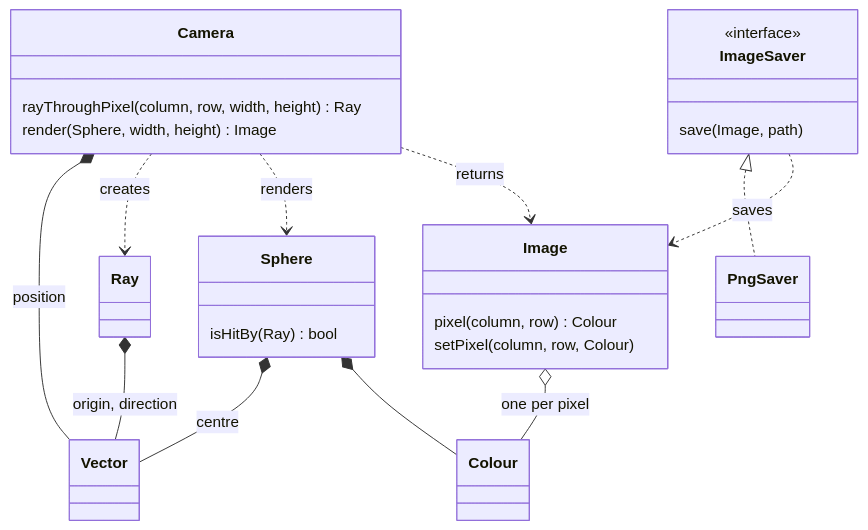
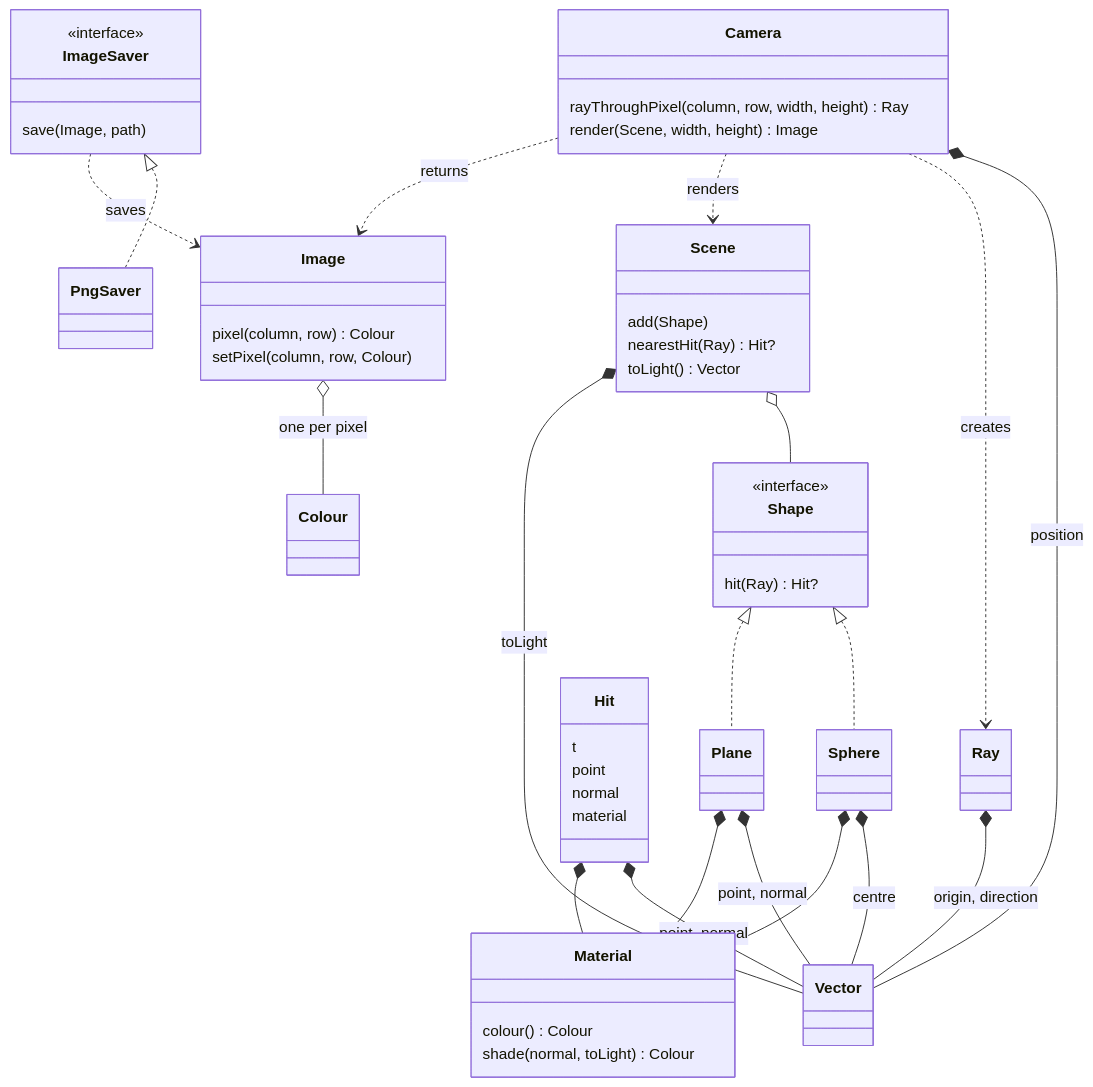
Before and after one commit to imane-git1/raytracer: the diagram in docs/domain-model.md, drawn with Mermaid. The commit also changed other lines of this file and 31 other files, not shown here.

Commit message:
Shading and shapes: material, hit, shape, plane, scene, a sphere on a floor

````diff
--- a/docs/domain-model.md
+++ b/docs/domain-model.md
@@ -21,33 +26,59 @@
 ```mermaid
 classDiagram
     class Vector
     class Colour
     class Ray
-    class Sphere {
-        isHitBy(Ray) bool
+    class Material {
+        colour() Colour
+        shade(normal, toLight) Colour
+    }
+    class Hit {
+        t
+        point
+        normal
+        material
+    }
+    class Shape {
+        <<interface>>
+        hit(Ray) Hit?
+    }
+    class Sphere
+    class Plane
+    class Scene {
+        add(Shape)
+        nearestHit(Ray) Hit?
+        toLight() Vector
     }
     class Camera {
         rayThroughPixel(column, row, width, height) Ray
-        render(Sphere, width, height) Image
+        render(Scene, width, height) Image
     }
     class Image {
         pixel(column, row) Colour
         setPixel(column, row, Colour)
     }
     class ImageSaver {
         <<interface>>
         save(Image, path)
     }
     class PngSaver
 
     Ray *-- Vector : origin, direction
     Sphere *-- Vector : centre
-    Sphere *-- Colour
+    Sphere *-- Material
+    Plane *-- Vector : point, normal
+    Plane *-- Material
+    Shape <|.. Sphere
+    Shape <|.. Plane
+    Scene o-- Shape
+    Scene *-- Vector : toLight
+    Hit *-- Vector : point, normal
+    Hit *-- Material
     Camera *-- Vector : position
     Image o-- Colour : one per pixel
     Camera ..> Ray : creates
-    Camera ..> Sphere : renders
+    Camera ..> Scene : renders
     Camera ..> Image : returns
     ImageSaver <|.. PngSaver
     ImageSaver ..> Image : saves
 ```
````
